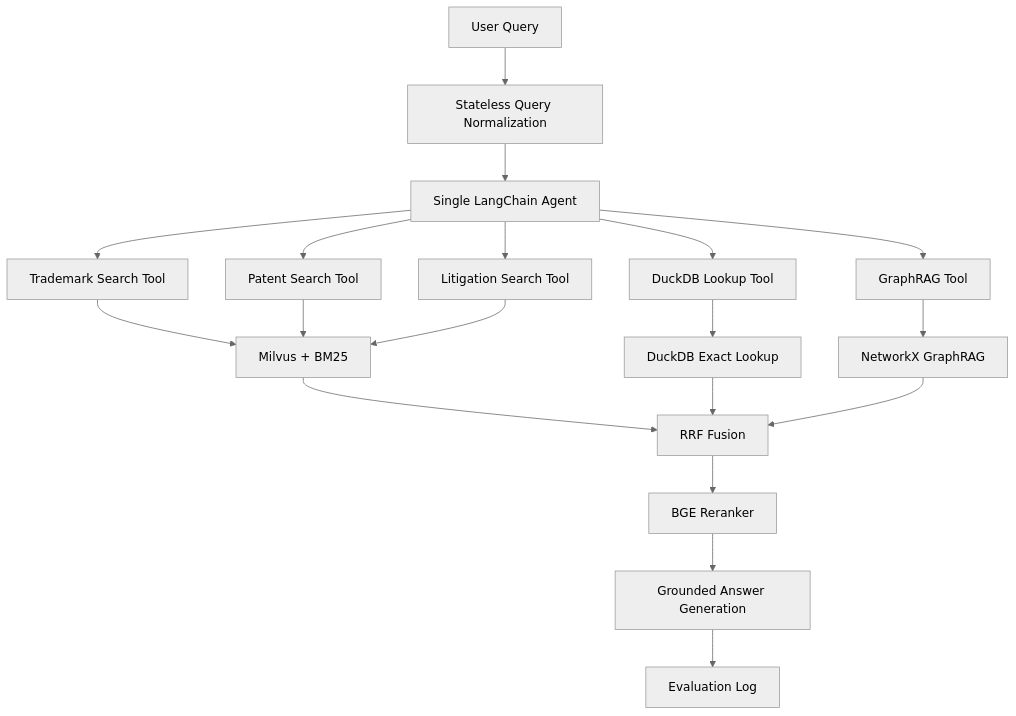
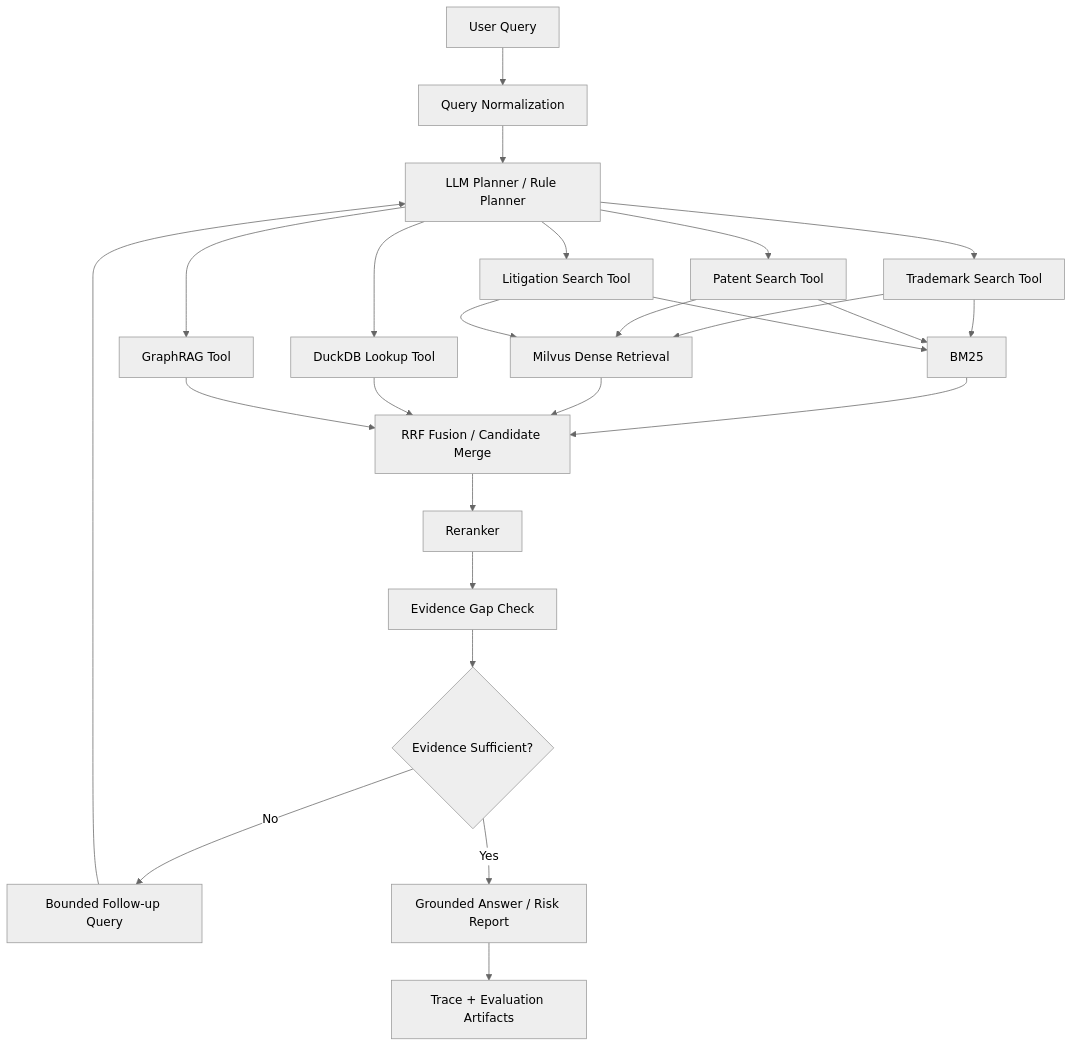
The diagram in README.md (dyy21zyy/Agentic-RAG-CrossBorder-Marketplace), drawn with Mermaid (neutral theme) before and after one commit. The commit also changed other lines of this file, not shown here.

````diff
--- a/README.md
+++ b/README.md
@@ -82,24 +83,31 @@
 ```mermaid
 flowchart TD
-    A[User Query] --> B[Stateless Query Normalization]
-    B --> C[Single LangChain Agent]
-    C --> D1[Trademark Search Tool]
-    C --> D2[Patent Search Tool]
-    C --> D3[Litigation Search Tool]
-    C --> D4[DuckDB Lookup Tool]
-    C --> D5[GraphRAG Tool]
+    A["User Query"] --> B["Query Normalization"]
+    B --> C["LLM Planner / Rule Planner"]
+    C --> D1["Trademark Search Tool"]
+    C --> D2["Patent Search Tool"]
+    C --> D3["Litigation Search Tool"]
+    C --> D4["DuckDB Lookup Tool"]
+    C --> D5["GraphRAG Tool"]
 
-    D1 --> E[Milvus + BM25]
-    D2 --> E
-    D3 --> E
-    D4 --> F[DuckDB Exact Lookup]
-    D5 --> G[NetworkX GraphRAG]
+    D1 --> E1["BM25"]
+    D2 --> E1
+    D3 --> E1
 
-    E --> H[RRF Fusion]
-    F --> H
-    G --> H
+    D1 --> E2["Milvus Dense Retrieval"]
+    D2 --> E2
+    D3 --> E2
 
-    H --> I[BGE Reranker]
-    I --> J[Grounded Answer Generation]
-    J --> K[Evaluation Log]
+    E1 --> F["RRF Fusion / Candidate Merge"]
+    E2 --> F
+    D4 --> F
+    D5 --> F
+
+    F --> G["Reranker"]
+    G --> H["Evidence Gap Check"]
+    H --> I{"Evidence Sufficient?"}
+    I -->|No| J["Bounded Follow-up Query"]
+    J --> C
+    I -->|Yes| K["Grounded Answer / Risk Report"]
+    K --> L["Trace + Evaluation Artifacts"]
 ```
````
